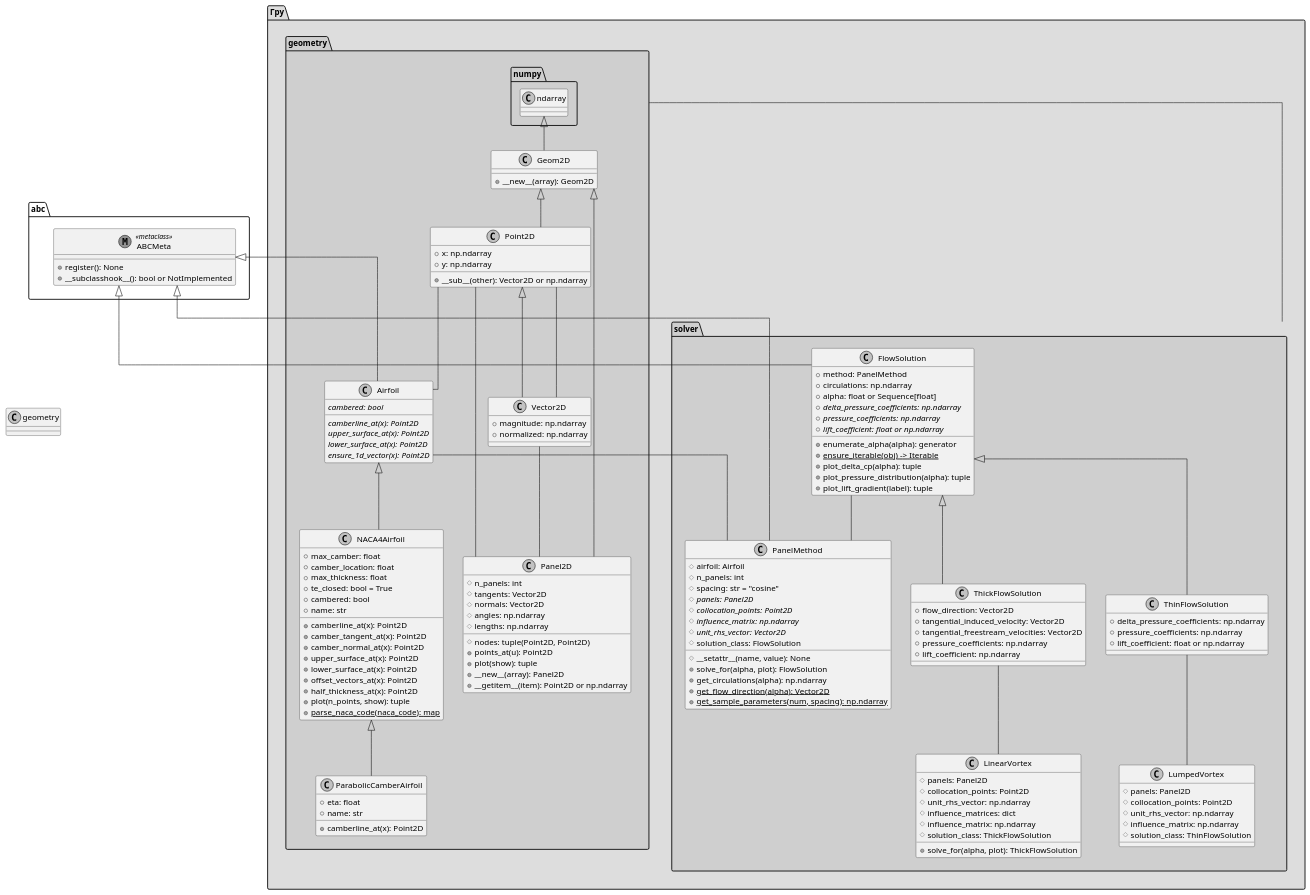
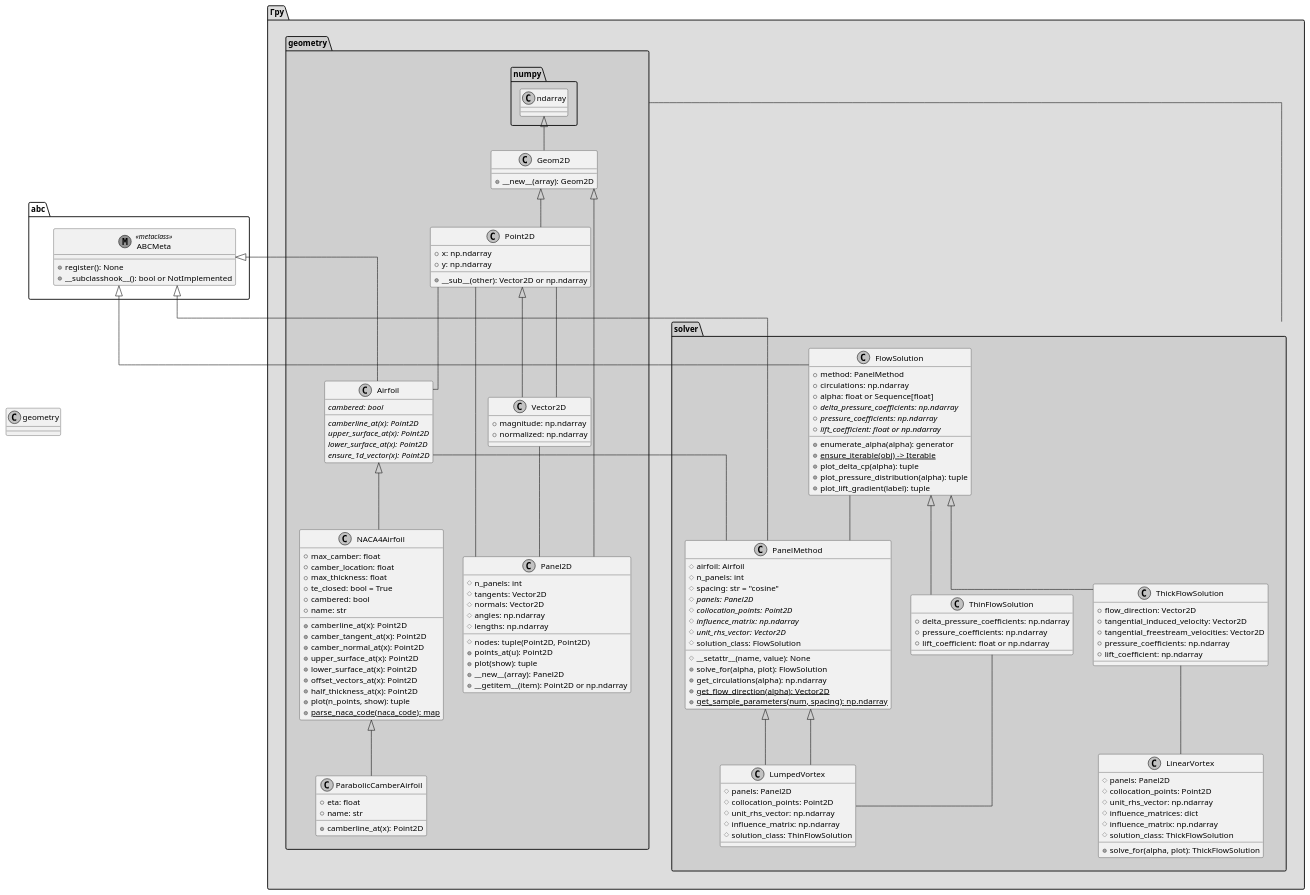
Before and after one commit to skilkis/numfoil: the diagram in assignment/t1_class_diagram.wsd, drawn with PlantUML.

Commit message:
Fix lack of  PanelMethod inheritance

```diff
--- a/assignment/t1_class_diagram.wsd
+++ b/assignment/t1_class_diagram.wsd
@@ -1,167 +1,169 @@
 @startuml class_diagram
 page 1x2
 skinparam shadowing false
 skinparam monochrome true
 ' skinparam classAttributeIconSize 0
 skinparam linetype ortho
 
 
 class abc.ABCMeta << (M,#FF7700) metaclass >> {
     + register(): None
     + __subclasshook__(): bool or NotImplemented
 }
 
 abc -[hidden]- geometry
 package "Γpy" as gammapy #DDDDDD {
 
 
     package geometry #CFCFCF {
         numpy.ndarray <|-- Geom2D
         Geom2D <|-- Point2D
         Point2D <|-- Vector2D
         abc.ABCMeta <|-- Airfoil
         Airfoil <|-- NACA4Airfoil
         NACA4Airfoil <|-- ParabolicCamberAirfoil
         Point2D -- Airfoil
         Geom2D <|-- Panel2D
 
         class Geom2D {
             + __new__(array): Geom2D
         }
 
         Vector2D -- Point2D
         class Point2D {
             + x: np.ndarray
             + y: np.ndarray
             + __sub__(other): Vector2D or np.ndarray
         }
 
         class Vector2D {
             + magnitude: np.ndarray
             + normalized: np.ndarray
         }
 
         Vector2D -- Panel2D
         Point2D -- Panel2D
         class Panel2D {
             # n_panels: int
             # nodes: tuple(Point2D, Point2D)
             # tangents: Vector2D
             # normals: Vector2D
             # angles: np.ndarray
             # lengths: np.ndarray
             + points_at(u): Point2D
             + plot(show): tuple
             + __new__(array): Panel2D
             + __getitem__(item): Point2D or np.ndarray
 
         }
 
         class Airfoil {
             {abstract} cambered: bool
             {abstract} camberline_at(x): Point2D
             {abstract} upper_surface_at(x): Point2D
             {abstract} lower_surface_at(x): Point2D
             {abstract} ensure_1d_vector(x): Point2D
         }
 
         class NACA4Airfoil {
             + max_camber: float
             + camber_location: float
             + max_thickness: float
             + te_closed: bool = True
             + cambered: bool
             + name: str
             + camberline_at(x): Point2D
             + camber_tangent_at(x): Point2D
             + camber_normal_at(x): Point2D
             + upper_surface_at(x): Point2D
             + lower_surface_at(x): Point2D
             + offset_vectors_at(x): Point2D
             + half_thickness_at(x): Point2D
             + plot(n_points, show): tuple
             + {static} parse_naca_code(naca_code): map
         }
 
         class ParabolicCamberAirfoil {
             + eta: float
             + name: str
             + camberline_at(x): Point2D
         }
     }
 
     geometry -- solver
     package solver #CFCFCF {
 
         abc.ABCMeta <|-- FlowSolution
         class FlowSolution {
             + method: PanelMethod
             + circulations: np.ndarray
             + alpha: float or Sequence[float]
             + {abstract} delta_pressure_coefficients: np.ndarray
             + {abstract} pressure_coefficients: np.ndarray
             + {abstract} lift_coefficient: float or np.ndarray
             + enumerate_alpha(alpha): generator
             + {static} ensure_iterable(obj) -> Iterable
             + plot_delta_cp(alpha): tuple
             + plot_pressure_distribution(alpha): tuple
             + plot_lift_gradient(label): tuple
         }
 
         FlowSolution <|-- ThinFlowSolution
         class ThinFlowSolution {
             + delta_pressure_coefficients: np.ndarray
             + pressure_coefficients: np.ndarray
             + lift_coefficient: float or np.ndarray
         }
 
         FlowSolution <|-- ThickFlowSolution
         class ThickFlowSolution {
             + flow_direction: Vector2D
             + tangential_induced_velocity: Vector2D
             + tangential_freestream_velocities: Vector2D
             + pressure_coefficients: np.ndarray
             + lift_coefficient: np.ndarray
         }
 
         abc.ABCMeta <|-- PanelMethod
         FlowSolution -- PanelMethod
         Airfoil -- PanelMethod
         class PanelMethod {
             # airfoil: Airfoil
             # n_panels: int
             # spacing: str = "cosine"
             # {abstract} panels: Panel2D
             # {abstract} collocation_points: Point2D
             # {abstract} influence_matrix: np.ndarray
             # {abstract} unit_rhs_vector: Vector2D
             # solution_class: FlowSolution
             # __setattr__(name, value): None
             + solve_for(alpha, plot): FlowSolution
             + get_circulations(alpha): np.ndarray
             + {static} get_flow_direction(alpha): Vector2D
             + {static} get_sample_parameters(num, spacing): np.ndarray
         }
 
         ThinFlowSolution -- LumpedVortex
+        PanelMethod <|-- LumpedVortex
         class LumpedVortex {
             # panels: Panel2D
             # collocation_points: Point2D
             # unit_rhs_vector: np.ndarray
             # influence_matrix: np.ndarray
             # solution_class: ThinFlowSolution
         }
 
         ThickFlowSolution -- LinearVortex
+        PanelMethod <|-- LumpedVortex
         class LinearVortex {
             # panels: Panel2D
             # collocation_points: Point2D
             # unit_rhs_vector: np.ndarray
             # influence_matrices: dict
             # influence_matrix: np.ndarray
             + solve_for(alpha, plot): ThickFlowSolution
             # solution_class: ThickFlowSolution
         }
     }
 
 @enduml
```
